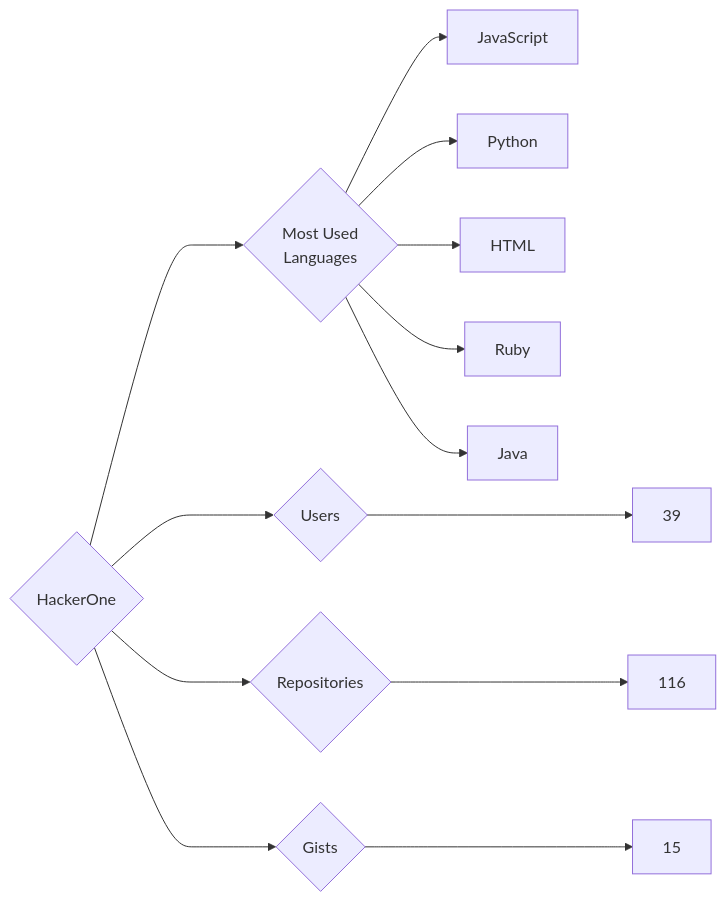
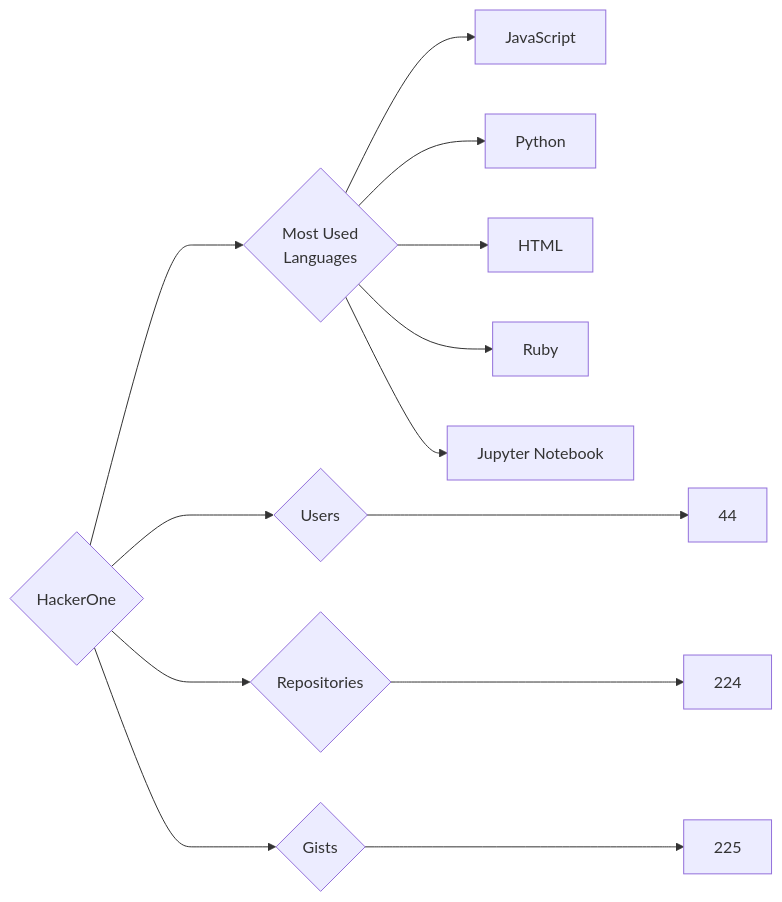
One commit to trickest/insiders changed the diagram in targets/HackerOne/README.md. Above: the diagram before and after it, drawn with Mermaid. The commit also changed 870 other files, not shown here.

````diff
--- a/targets/HackerOne/README.md
+++ b/targets/HackerOne/README.md
@@ -3,13 +3,13 @@
 ```mermaid
 graph LR
 COMPANY_NAME{HackerOne}
-COMPANY_NAME ---> U{Users} ---> UN[39]
-COMPANY_NAME ---> R{Repositories} ---> RN[116]
-COMPANY_NAME ---> G{Gists} ---> GN[15]
+COMPANY_NAME ---> U{Users} ---> UN[44]
+COMPANY_NAME ---> R{Repositories} ---> RN[224]
+COMPANY_NAME ---> G{Gists} ---> GN[225]
 COMPANY_NAME ---> ML{Most Used<br>Languages}
 ML --> JavaScript[JavaScript]
 ML --> Python[Python]
 ML --> HTML[HTML]
 ML --> Ruby[Ruby]
-ML --> Java[Java]
+ML --> Jupyter_Notebook[Jupyter Notebook]
 ```
````
